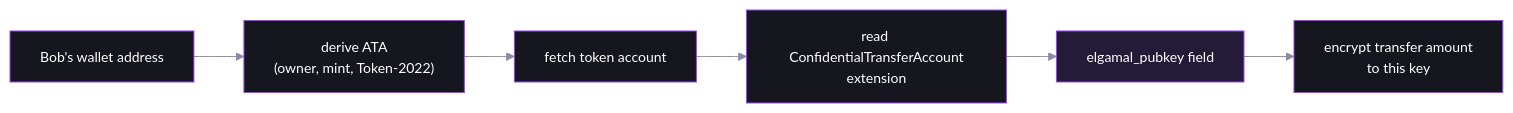
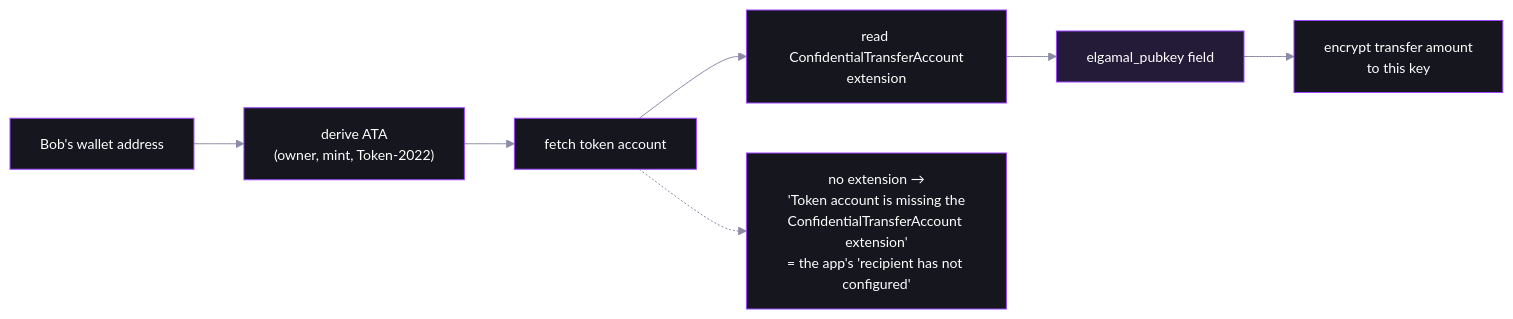
One commit to catmcgee/confidential-transfers-explorer changed the first of 2 diagrams in workshop/03-confidential-transfer.md. Above: the diagram before and after it, drawn with Mermaid. The commit also changed other lines of this file and 4 other files, not shown here.

First line of the commit message:
Strip step guides to visuals only: diagrams, images, helpers

````diff
--- a/workshop/03-confidential-transfer.md
+++ b/workshop/03-confidential-transfer.md
@@ -27,11 +7,13 @@
 ```mermaid
 %%{init: {'theme':'base','themeVariables':{'background':'transparent','primaryColor':'#16161f','primaryTextColor':'#ffffff','primaryBorderColor':'#9945FF','secondaryColor':'#0f2e21','secondaryTextColor':'#ffffff','secondaryBorderColor':'#14F195','tertiaryColor':'#241b38','tertiaryTextColor':'#ffffff','lineColor':'#8b8ba7','textColor':'#e6e6f0','fontSize':'14px','clusterBkg':'#101018','clusterBorder':'#3a3a4d','edgeLabelBackground':'#101018','actorBkg':'#16161f','actorTextColor':'#ffffff','actorBorder':'#9945FF','signalColor':'#e6e6f0','signalTextColor':'#e6e6f0','noteBkgColor':'#241b38','noteTextColor':'#e6e6f0','noteBorderColor':'#9945FF','labelBoxBkgColor':'#16161f','labelTextColor':'#ffffff','loopTextColor':'#e6e6f0'}}}%%
 flowchart LR
     ADDR["Bob's wallet address"] --> ATA["derive ATA<br/>(owner, mint, Token-2022)"]
     ATA --> FETCH["fetch token account"]
     FETCH --> EXT["read ConfidentialTransferAccount<br/>extension"]
     EXT --> PK["elgamal_pubkey field"]
     PK --> ENC["encrypt transfer amount<br/>to this key"]
+    FAIL["no extension →<br/>'Token account is missing the<br/>ConfidentialTransferAccount extension'<br/>= the app's 'recipient has not configured'"]
+    FETCH -.-> FAIL
     classDef accent fill:#241b38,stroke:#9945FF,color:#ffffff
     class PK accent
 ```
````
